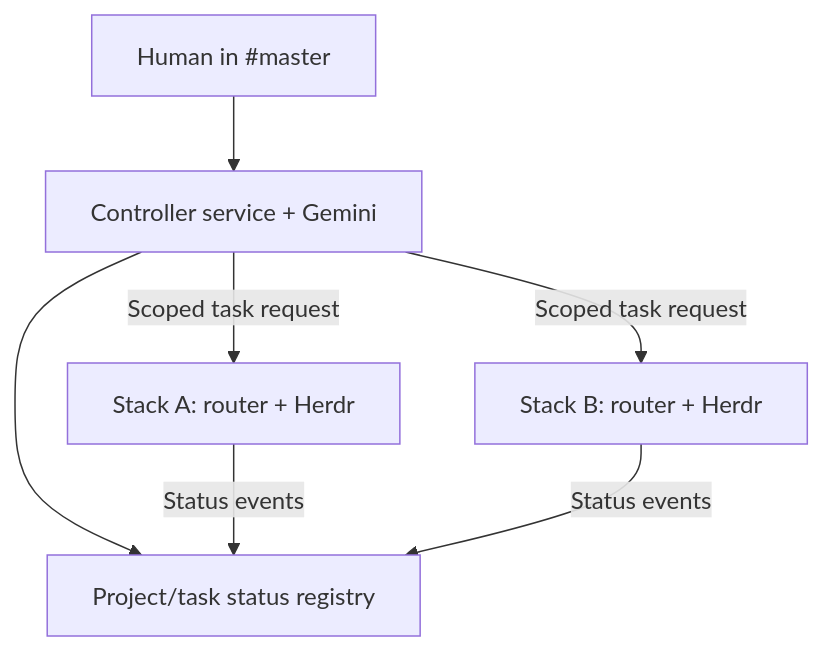
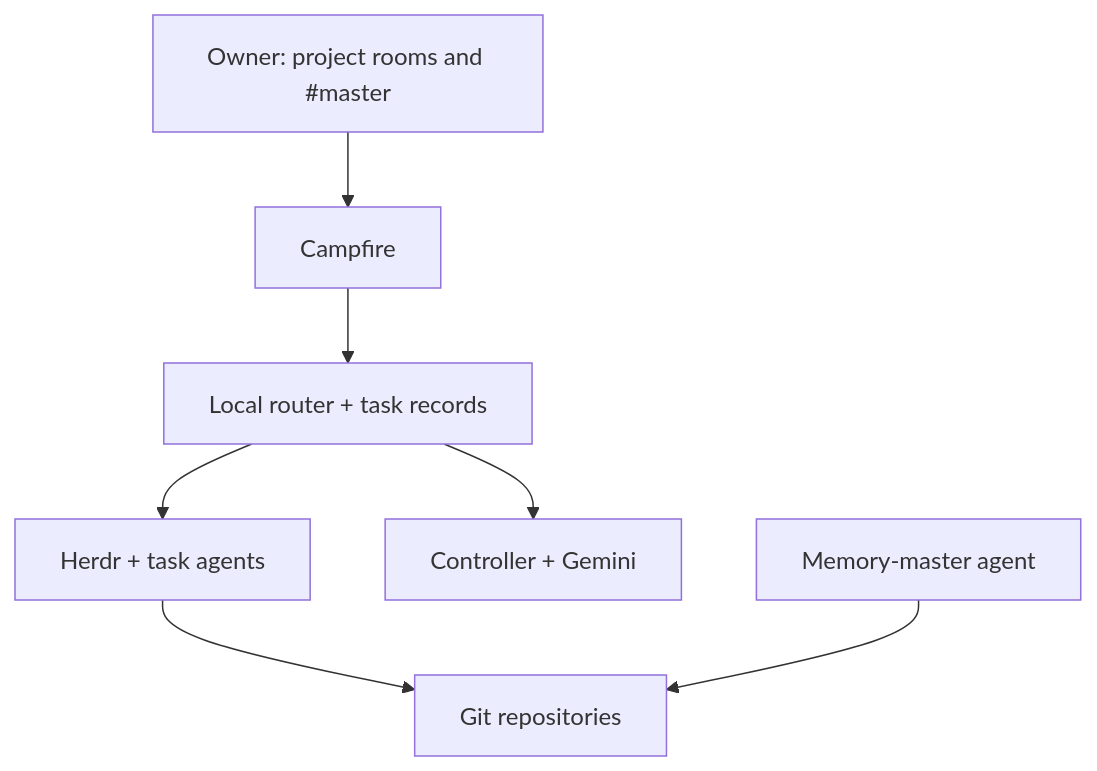
One commit to swiknaba/digitaltwin changed the diagram in docs/agent-fleet-architecture-and-review.md. Above: the diagram before and after it, drawn with Mermaid. The commit also changed other lines of this file, not shown here.

Commit message:
Consolidate phase 0 architecture decisions and task workflow

````diff
--- a/docs/agent-fleet-architecture-and-review.md
+++ b/docs/agent-fleet-architecture-and-review.md
@@ -213,9 +28,9 @@
 ```mermaid
 flowchart TD
-    Human["Human in #master"] --> Master["Controller service + Gemini"]
-    Master --> Registry["Project/task status registry"]
-    StackA["Stack A: router + Herdr"] -->|Status events| Registry
-    StackB["Stack B: router + Herdr"] -->|Status events| Registry
-    Master -->|Scoped task request| StackA
-    Master -->|Scoped task request| StackB
+    Owner["Owner: project rooms and #master"] --> Campfire["Campfire"]
+    Campfire --> Router["Local router + task records"]
+    Router --> Herdr["Herdr + task agents"]
+    Router --> Controller["Controller + Gemini"]
+    Herdr --> Git["Git repositories"]
+    Memory["Memory-master agent"] --> Git
 ```
````
